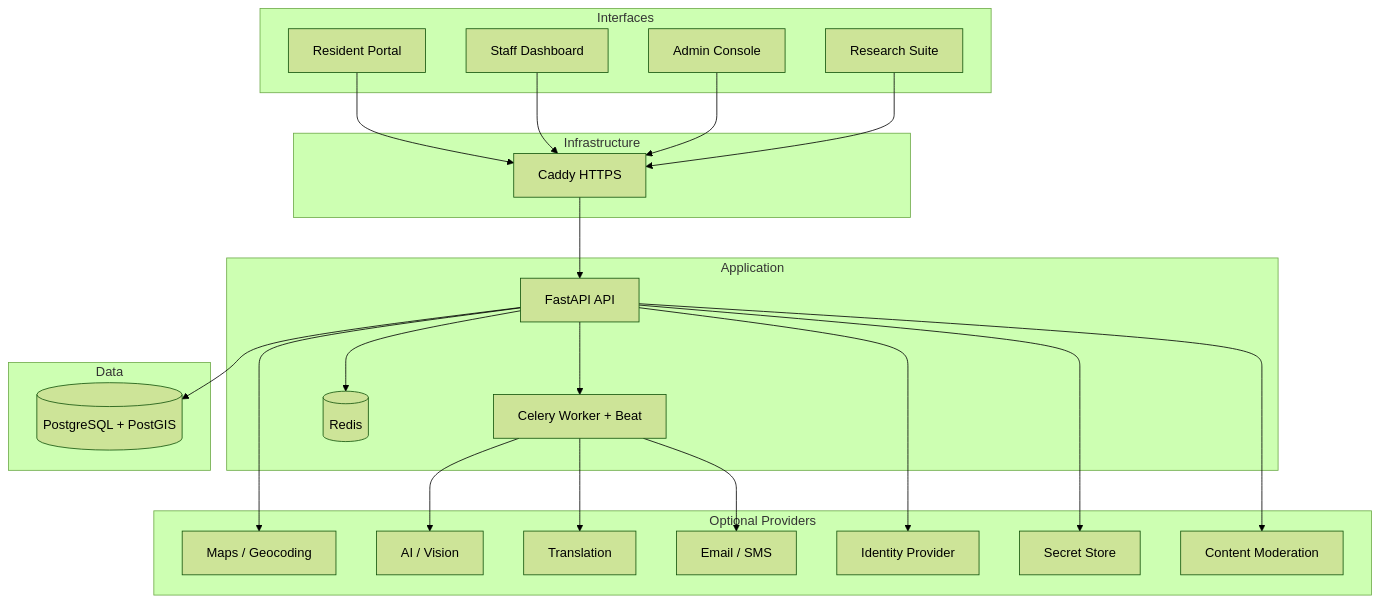
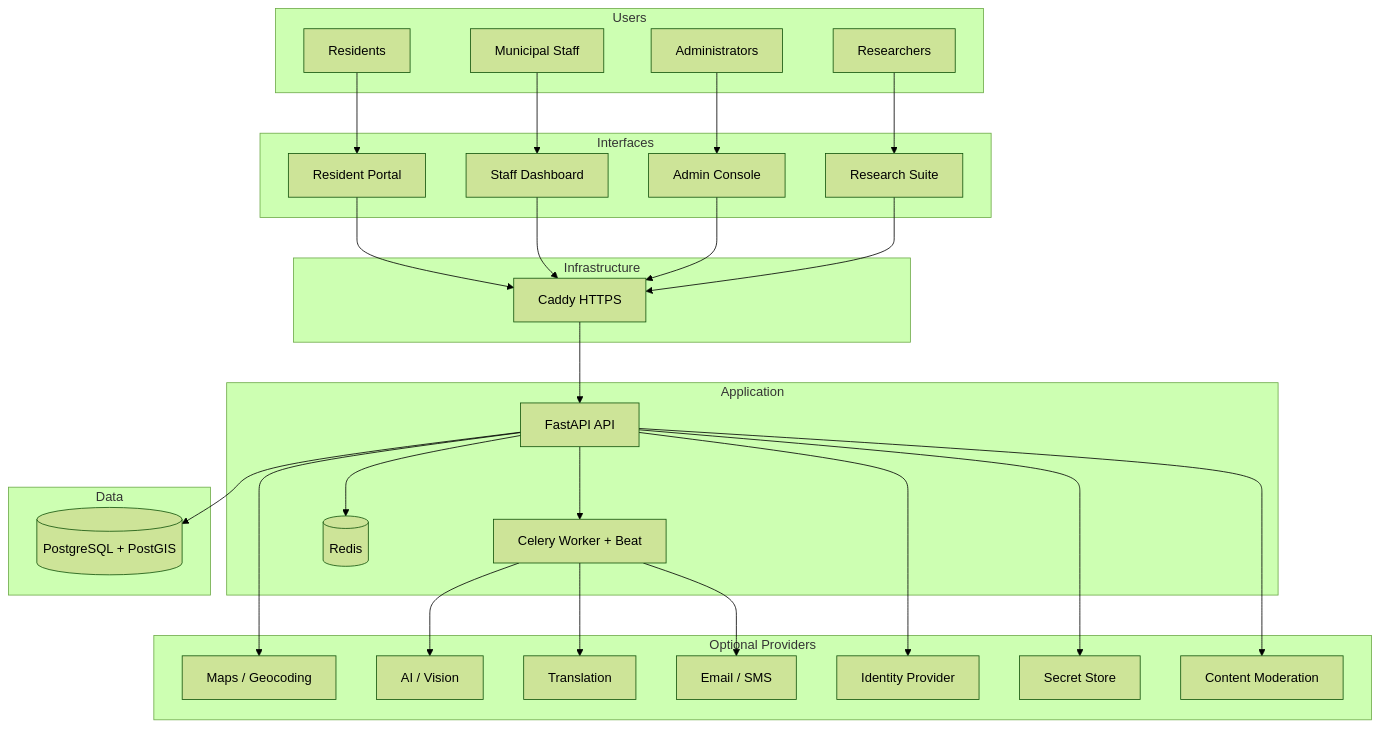
The first of 4 diagrams in README.md (Pinpoint-311/Pinpoint-311), drawn with Mermaid (forest theme) before and after one commit. The commit also changed other lines of this file, not shown here.

````diff
--- a/README.md
+++ b/README.md
@@ -437,53 +539,65 @@
 ```mermaid
 graph TB
+    subgraph Users
+        Residents[Residents]
+        Staff[Municipal Staff]
+        Admins[Administrators]
+        Researchers[Researchers]
+    end
+
     subgraph Interfaces
-        Resident[Resident Portal]
-        Staff[Staff Dashboard]
-        Admin[Admin Console]
-        Research[Research Suite]
+        ResidentPortal[Resident Portal]
+        StaffDashboard[Staff Dashboard]
+        AdminConsole[Admin Console]
+        ResearchSuite[Research Suite]
     end
 
     subgraph Application
         API[FastAPI API]
         Worker[Celery Worker + Beat]
         Redis[(Redis)]
     end
 
     subgraph Data
         Database[(PostgreSQL + PostGIS)]
     end
 
     subgraph Infrastructure
         Caddy[Caddy HTTPS]
     end
 
     subgraph Optional Providers
         Maps[Maps / Geocoding]
         AI[AI / Vision]
         Translation[Translation]
         Messaging[Email / SMS]
         Identity[Identity Provider]
         Secrets[Secret Store]
         Moderation[Content Moderation]
     end
 
-    Resident --> Caddy
-    Staff --> Caddy
-    Admin --> Caddy
-    Research --> Caddy
+    Residents --> ResidentPortal
+    Staff --> StaffDashboard
+    Admins --> AdminConsole
+    Researchers --> ResearchSuite
+
+    ResidentPortal --> Caddy
+    StaffDashboard --> Caddy
+    AdminConsole --> Caddy
+    ResearchSuite --> Caddy
 
     Caddy --> API
 
     API --> Database
     API --> Redis
     API --> Worker
 
     API --> Maps
     API --> Identity
     API --> Secrets
     API --> Moderation
 
     Worker --> AI
     Worker --> Translation
     Worker --> Messaging
 ```
````
